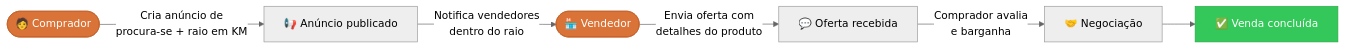
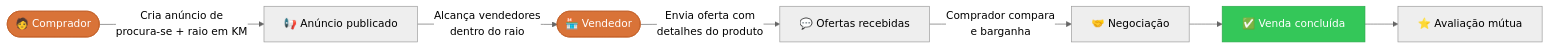
The diagram in docs/index.md (felipegf1/docs-grupo3-tppe), drawn with Mermaid (neutral theme) before and after one commit. The commit also changed other lines of this file and 35 other files, not shown here.

````diff
--- a/docs/index.md
+++ b/docs/index.md
@@ -60,12 +64,13 @@
 ```mermaid
 flowchart LR
     A(["🧑 Comprador"]) -->|Cria anúncio de<br/>procura-se + raio em KM| B["📢 Anúncio publicado"]
-    B -->|Notifica vendedores<br/>dentro do raio| C(["🏪 Vendedor"])
-    C -->|Envia oferta com<br/>detalhes do produto| D["💬 Oferta recebida"]
-    D -->|Comprador avalia<br/>e barganha| E["🤝 Negociação"]
+    B -->|Alcança vendedores<br/>dentro do raio| C(["🏪 Vendedor"])
+    C -->|Envia oferta com<br/>detalhes do produto| D["💬 Ofertas recebidas"]
+    D -->|Comprador compara<br/>e barganha| E["🤝 Negociação"]
     E --> F["✅ Venda concluída"]
+    F --> G["⭐ Avaliação mútua"]
 
     style A fill:#D97338,stroke:#C25F27,color:#fff
     style C fill:#D97338,stroke:#C25F27,color:#fff
     style F fill:#34C759,stroke:#2BA84A,color:#fff
 ```
````
